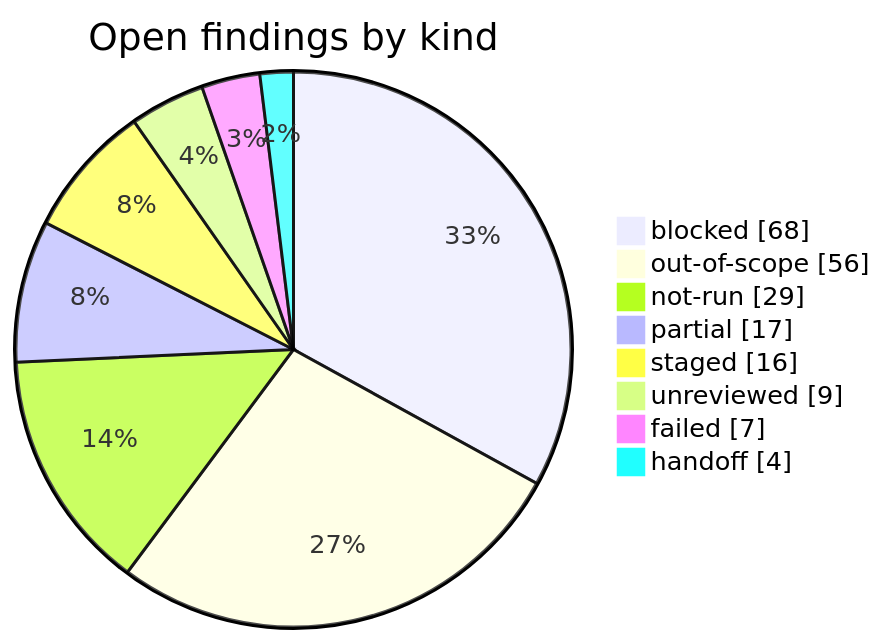
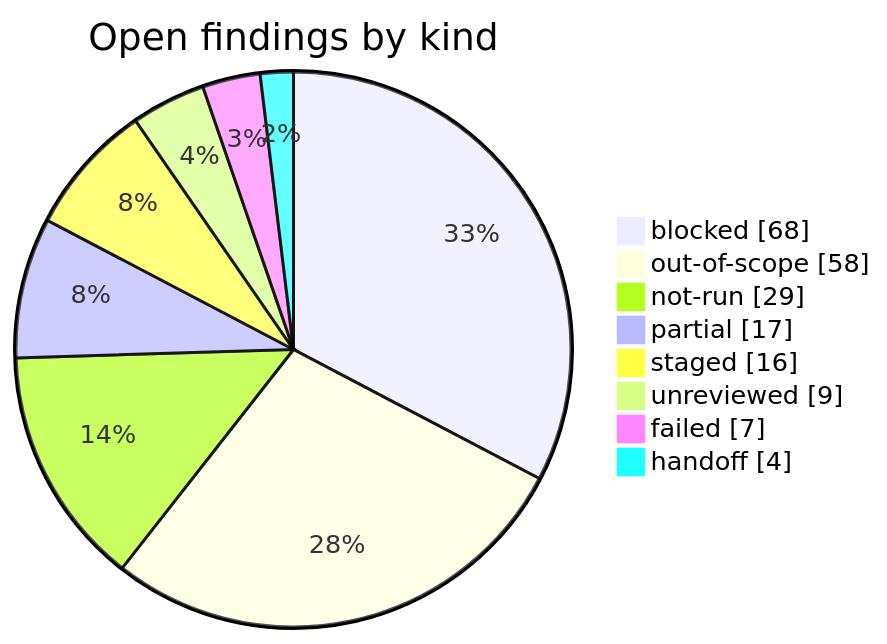
One commit to korczis/OpenTTD changed the diagram in research/open-findings.md. Above: the diagram before and after it, drawn with Mermaid. The commit also changed other lines of this file and 10 other files, not shown here.

````diff
--- a/research/open-findings.md
+++ b/research/open-findings.md
@@ -36,12 +36,12 @@
 ```mermaid
 pie showData title Open findings by kind
     %% links: open-findings.md?col=Kind&filter=blocked#findings | open-findings.md?col=Kind&filter=out-of-scope#findings | open-findings.md?col=Kind&filter=not-run#findings | open-findings.md?col=Kind&filter=partial#findings | open-findings.md?col=Kind&filter=staged#findings | open-findings.md?col=Kind&filter=unreviewed#findings | open-findings.md?col=Kind&filter=failed#findings | open-findings.md?col=Kind&filter=handoff#findings
     "blocked" : 68
-    "out-of-scope" : 56
+    "out-of-scope" : 58
     "not-run" : 29
     "partial" : 17
     "staged" : 16
     "unreviewed" : 9
     "failed" : 7
     "handoff" : 4
 ```
````
